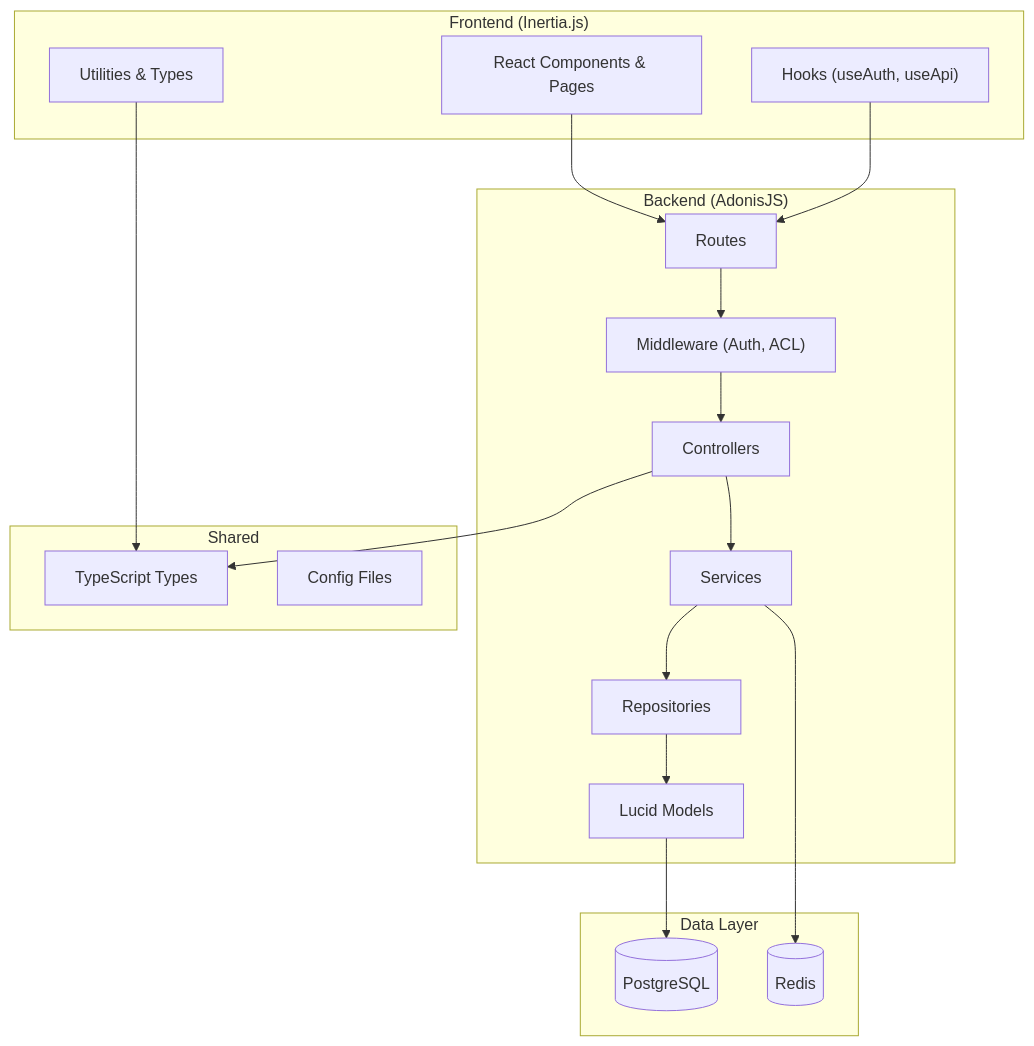
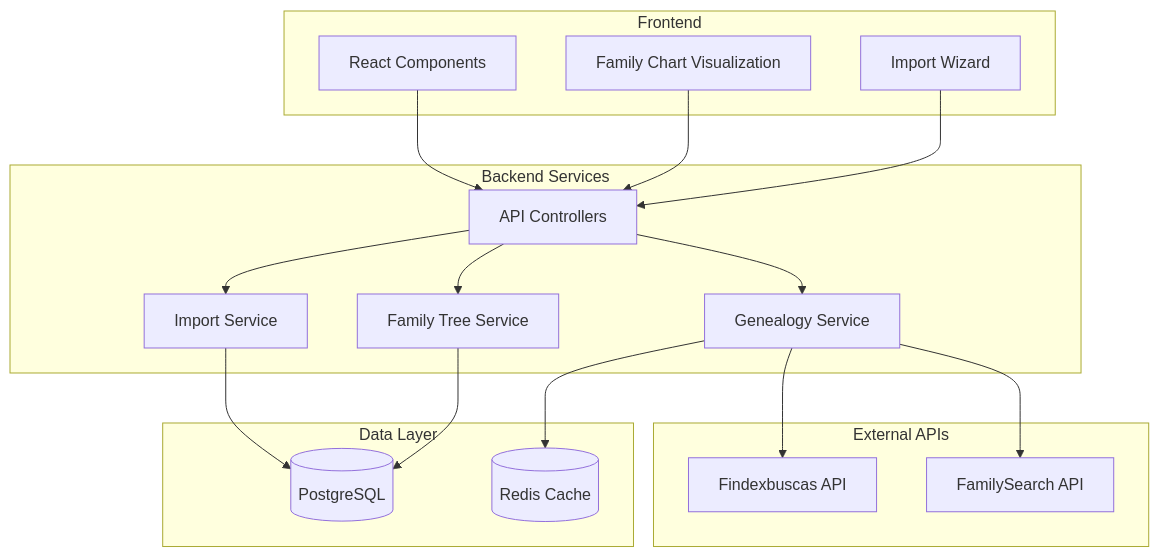
One commit to gabrielmaialva33/genscan changed the diagram in README.md. Above: the diagram before and after it, drawn with Mermaid. The commit also changed other lines of this file and 3 other files, not shown here.

````diff
--- a/README.md
+++ b/README.md
@@ -41,41 +36,40 @@
 ```mermaid
 graph TD
-    subgraph "Frontend (Inertia.js)"
-        FE_UI[React Components & Pages]
-        FE_HOOKS["Hooks (useAuth, useApi)"]
-        FE_UTILS[Utilities & Types]
+    subgraph "Frontend"
+        UI[React Components]
+        FC[Family Chart Visualization]
+        IMPORT[Import Wizard]
     end
 
-    subgraph "Backend (AdonisJS)"
-        BE_ROUTES[Routes]
-        BE_MW["Middleware (Auth, ACL)"]
-        BE_CTRL[Controllers]
-        BE_SERVICES[Services]
-        BE_REPOS[Repositories]
-        BE_MODELS[Lucid Models]
+    subgraph "Backend Services"
+        API[API Controllers]
+        GEN[Genealogy Service]
+        IMPORT_SVC[Import Service]
+        TREE_SVC[Family Tree Service]
     end
 
-    subgraph "Shared"
-        SHARED_TYPES[TypeScript Types]
-        SHARED_CONFIG[Config Files]
+    subgraph "External APIs"
+        FINDEX[Findexbuscas API]
+        FUTURE[FamilySearch API]
     end
 
     subgraph "Data Layer"
         DB[(PostgreSQL)]
-        CACHE[(Redis)]
+        CACHE[(Redis Cache)]
     end
 
-    FE_UI --> BE_ROUTES
-    BE_ROUTES --> BE_MW
-    BE_MW --> BE_CTRL
-    BE_CTRL --> BE_SERVICES
-    BE_SERVICES --> BE_REPOS
-    BE_REPOS --> BE_MODELS
-    BE_MODELS --> DB
-
-    BE_SERVICES --> CACHE
-    FE_HOOKS --> BE_ROUTES
-
-    FE_UTILS --> SHARED_TYPES
-    BE_CTRL --> SHARED_TYPES
+    UI --> API
+    FC --> API
+    IMPORT --> API
+    
+    API --> GEN
+    API --> IMPORT_SVC
+    API --> TREE_SVC
+    
+    GEN --> FINDEX
+    GEN --> FUTURE
+    
+    IMPORT_SVC --> DB
+    TREE_SVC --> DB
+    GEN --> CACHE
 ```
````
